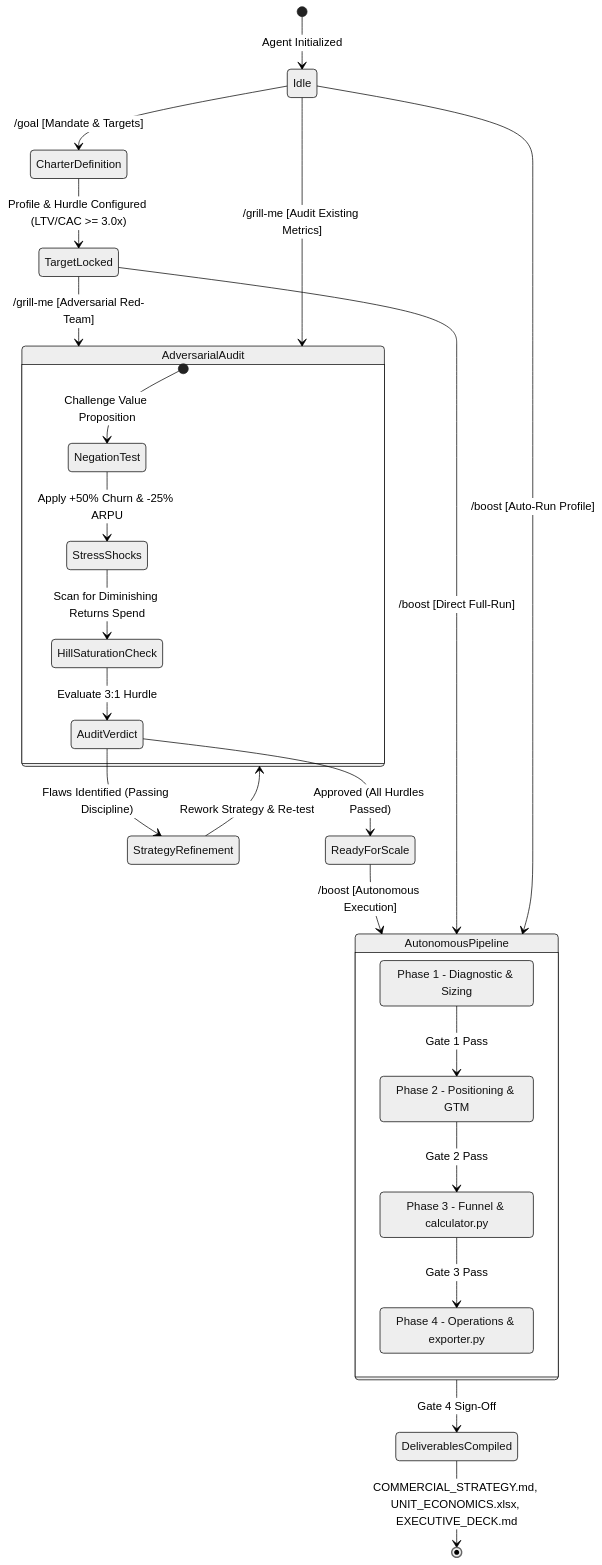
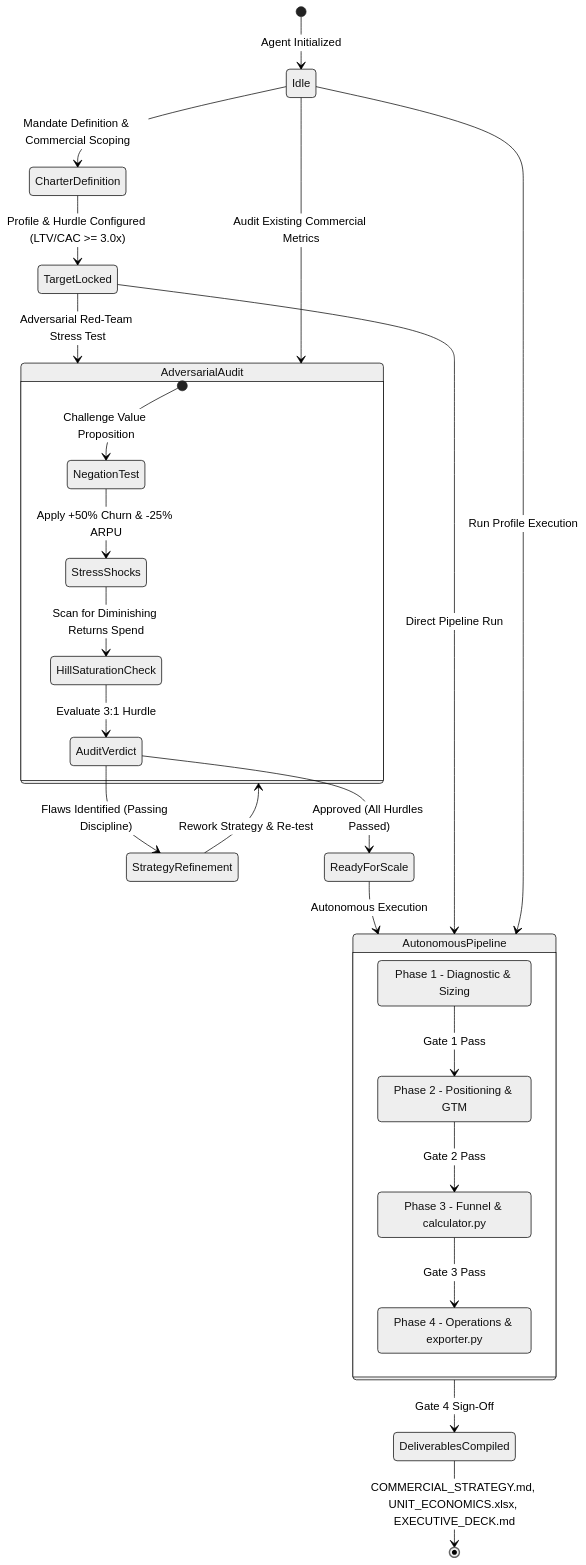
One commit to Bravetrunk/marketing-consultant changed the second of 2 diagrams in docs/TECHNICAL_DOCUMENTATION.md. Above: the diagram before and after it, drawn with Mermaid (neutral theme). The commit also changed other lines of this file and 4 other files, not shown here.

````diff
--- a/docs/TECHNICAL_DOCUMENTATION.md
+++ b/docs/TECHNICAL_DOCUMENTATION.md
@@ -94,39 +94,39 @@
 ```mermaid
 stateDiagram-v2
     [*] --> Idle: Agent Initialized
 
-    Idle --> CharterDefinition: /goal [Mandate & Targets]
+    Idle --> CharterDefinition: Mandate Definition & Commercial Scoping
     CharterDefinition --> TargetLocked: Profile & Hurdle Configured (LTV/CAC >= 3.0x)
 
-    TargetLocked --> AdversarialAudit: /grill-me [Adversarial Red-Team]
-    Idle --> AdversarialAudit: /grill-me [Audit Existing Metrics]
+    TargetLocked --> AdversarialAudit: Adversarial Red-Team Stress Test
+    Idle --> AdversarialAudit: Audit Existing Commercial Metrics
 
     state AdversarialAudit {
         [*] --> NegationTest: Challenge Value Proposition
         NegationTest --> StressShocks: Apply +50% Churn & -25% ARPU
         StressShocks --> HillSaturationCheck: Scan for Diminishing Returns Spend
         HillSaturationCheck --> AuditVerdict: Evaluate 3:1 Hurdle
     }
 
     AuditVerdict --> StrategyRefinement: Flaws Identified (Passing Discipline)
     StrategyRefinement --> AdversarialAudit: Rework Strategy & Re-test
     AuditVerdict --> ReadyForScale: Approved (All Hurdles Passed)
 
-    ReadyForScale --> AutonomousPipeline: /boost [Autonomous Execution]
-    TargetLocked --> AutonomousPipeline: /boost [Direct Full-Run]
-    Idle --> AutonomousPipeline: /boost [Auto-Run Profile]
+    ReadyForScale --> AutonomousPipeline: Autonomous Execution
+    TargetLocked --> AutonomousPipeline: Direct Pipeline Run
+    Idle --> AutonomousPipeline: Run Profile Execution
 
     state AutonomousPipeline {
         Phase1: Phase 1 - Diagnostic & Sizing
         Phase2: Phase 2 - Positioning & GTM
         Phase3: Phase 3 - Funnel & calculator.py
         Phase4: Phase 4 - Operations & exporter.py
 
         Phase1 --> Phase2: Gate 1 Pass
         Phase2 --> Phase3: Gate 2 Pass
         Phase3 --> Phase4: Gate 3 Pass
     }
 
     AutonomousPipeline --> DeliverablesCompiled: Gate 4 Sign-Off
     DeliverablesCompiled --> [*]: COMMERCIAL_STRATEGY.md, UNIT_ECONOMICS.xlsx, EXECUTIVE_DECK.md
 ```
````
